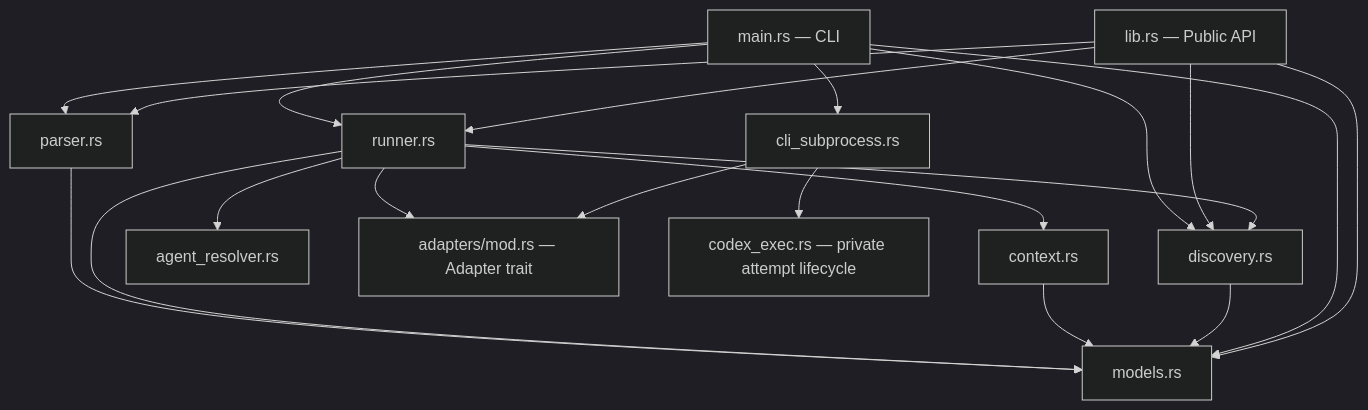
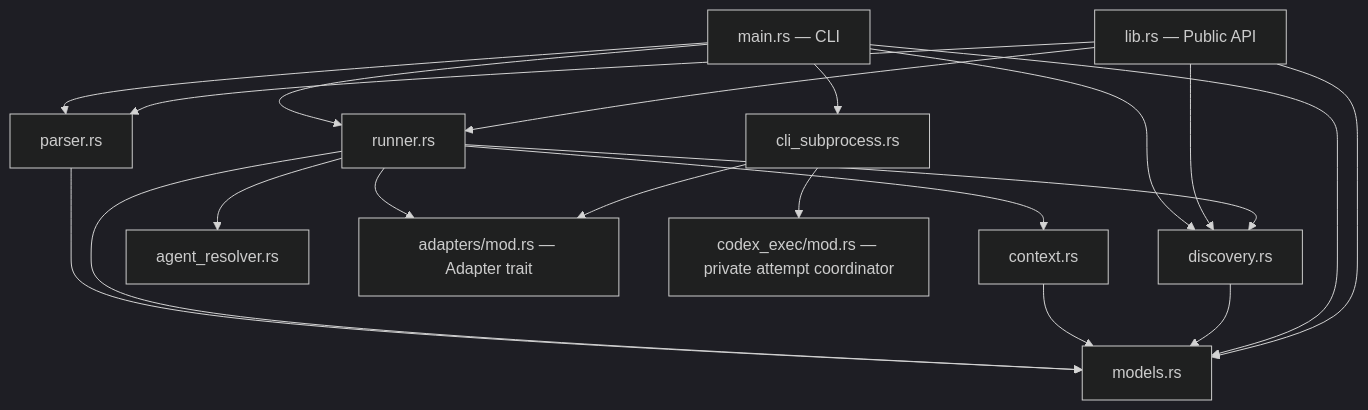
One commit to rysweet/amplihack-recipe-runner changed the diagram in docs/src/architecture.md. Above: the diagram before and after it, drawn with Mermaid (dark theme). The commit also changed other lines of this file and 12 other files, not shown here.

````diff
--- a/docs/src/architecture.md
+++ b/docs/src/architecture.md
@@ -31,26 +35,26 @@
 ```mermaid
 graph TD
     main[main.rs — CLI] --> parser[parser.rs]
     main --> runner[runner.rs]
     main --> discovery[discovery.rs]
     main --> cli_sub[cli_subprocess.rs]
 
     lib[lib.rs — Public API] --> parser
     lib --> runner
     lib --> discovery
 
     runner --> context[context.rs]
     runner --> agent_resolver[agent_resolver.rs]
     runner --> discovery
     runner --> adapters[adapters/mod.rs — Adapter trait]
 
     cli_sub --> adapters
-    cli_sub --> codex_exec[codex_exec.rs — private attempt lifecycle]
+    cli_sub --> codex_exec[codex_exec/mod.rs — private attempt coordinator]
 
     parser --> models[models.rs]
     runner --> models
     context --> models
     discovery --> models
     main --> models
     lib --> models
 ```
````
